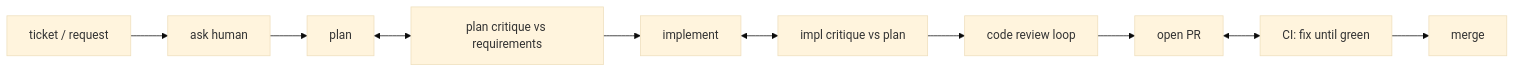
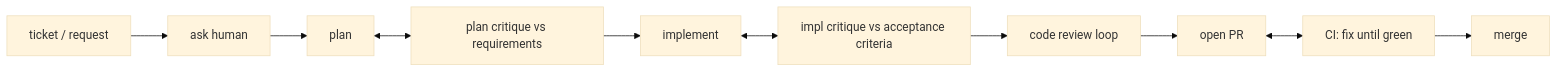
Before and after one commit to chroline/oliver: the diagram in skills/oliverspec/oliverspec-factory/README.md, drawn with Mermaid (base theme). The commit also changed other lines of this file and 1 other file, not shown here.

Commit message:
oliverspec-factory: critique implementation against original acceptance criteria (#12)
The implementation critic now checks the ticket's or user message's acceptance
criteria first, then the plan's criteria, and flags conflicts between them.

````diff
--- a/skills/oliverspec/oliverspec-factory/README.md
+++ b/skills/oliverspec/oliverspec-factory/README.md
@@ -7,10 +7,10 @@
 ```mermaid
 flowchart LR
   req[ticket / request] --> questions[ask human] --> plan
   plan <--> pcrit[plan critique vs requirements]
   pcrit --> implement
-  implement <--> icrit[impl critique vs plan]
+  implement <--> icrit[impl critique vs acceptance criteria]
   icrit --> review[code review loop] --> pr[open PR]
   pr <--> ci[CI: fix until green]
   ci --> merge
 ```
````
